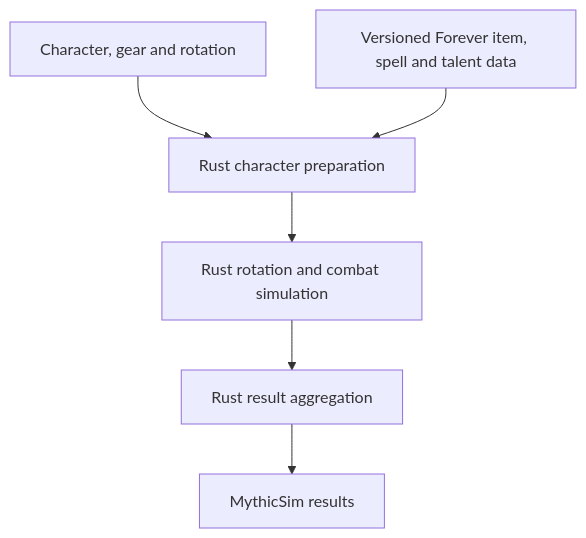
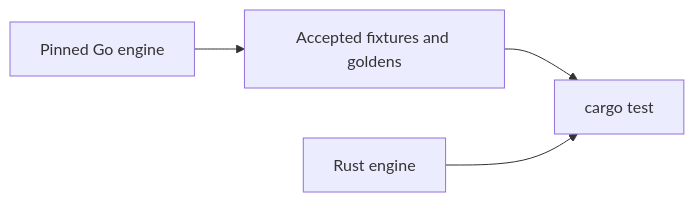
Before and after one commit to Ltz-lab/forever-engine: the second of 2 diagrams in docs/architecture.md, drawn with Mermaid. The commit also changed other lines of this file and 6605 other files, not shown here.

````diff
--- a/docs/architecture.md
+++ b/docs/architecture.md
@@ -51,8 +30,6 @@
 ```mermaid
-flowchart TD
-    A[Character, gear and rotation] --> B[Rust character preparation]
-    C[Versioned Forever item, spell and talent data] --> B
-    B --> D[Rust rotation and combat simulation]
-    D --> E[Rust result aggregation]
-    E --> F[MythicSim results]
+flowchart LR
+    A[Pinned Go engine] --> B[Accepted fixtures and goldens]
+    B --> C[cargo test]
+    D[Rust engine] --> C
 ```
````
